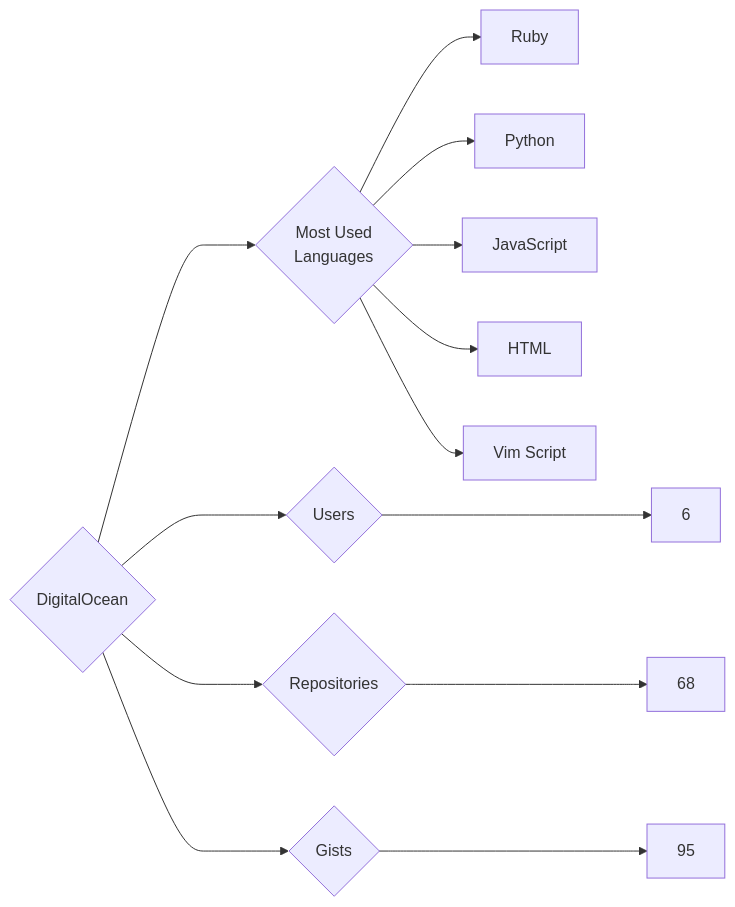
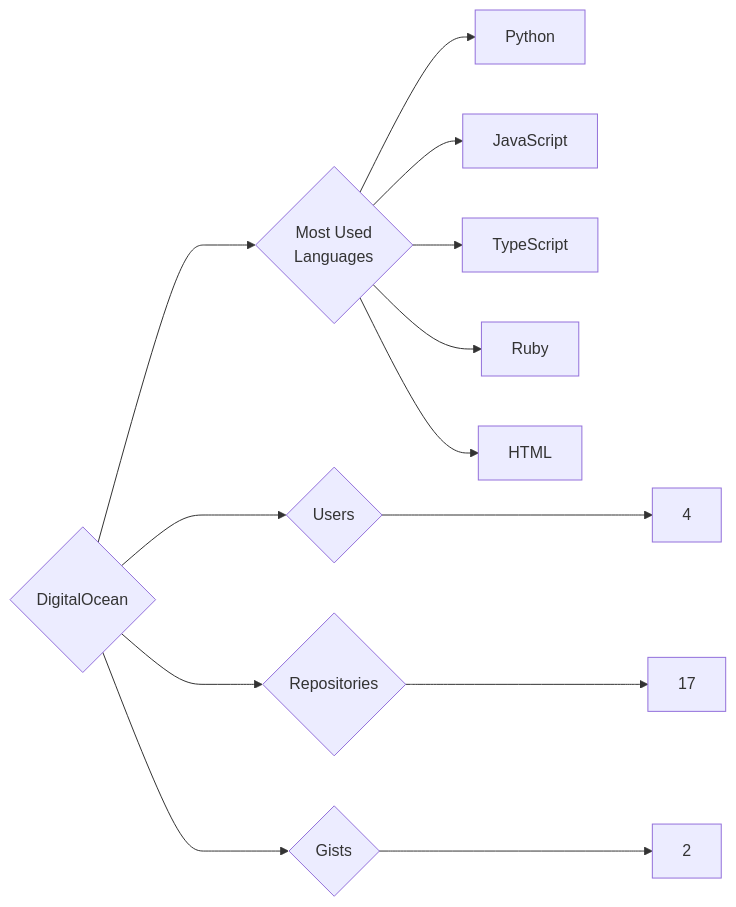
The diagram in targets/DigitalOcean/README.md (trickest/insiders), drawn with Mermaid before and after one commit. The commit also changed 1084 other files, not shown here.

````diff
--- a/targets/DigitalOcean/README.md
+++ b/targets/DigitalOcean/README.md
@@ -3,13 +3,13 @@
 ```mermaid
 graph LR
 COMPANY_NAME{DigitalOcean}
-COMPANY_NAME ---> U{Users} ---> UN[6]
-COMPANY_NAME ---> R{Repositories} ---> RN[68]
-COMPANY_NAME ---> G{Gists} ---> GN[95]
+COMPANY_NAME ---> U{Users} ---> UN[4]
+COMPANY_NAME ---> R{Repositories} ---> RN[17]
+COMPANY_NAME ---> G{Gists} ---> GN[2]
 COMPANY_NAME ---> ML{Most Used<br>Languages}
-ML --> Ruby[Ruby]
 ML --> Python[Python]
 ML --> JavaScript[JavaScript]
+ML --> TypeScript[TypeScript]
+ML --> Ruby[Ruby]
 ML --> HTML[HTML]
-ML --> Vim_Script[Vim Script]
 ```
````
